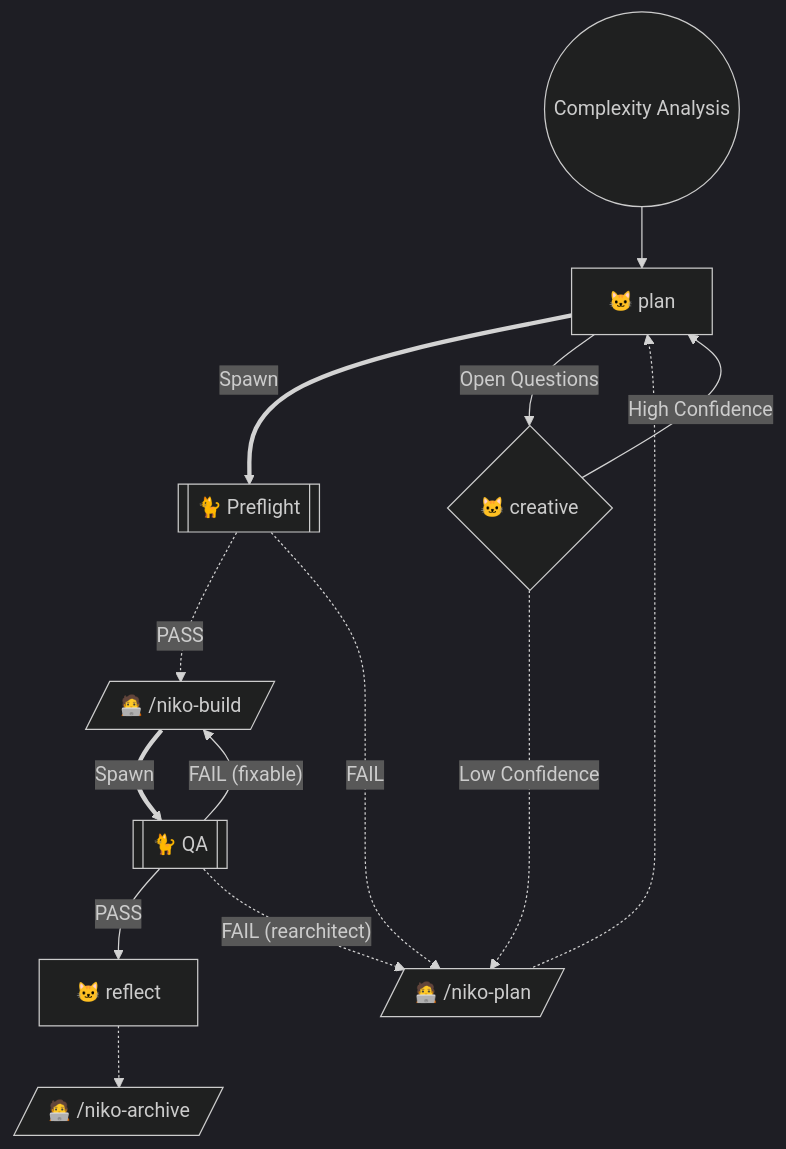
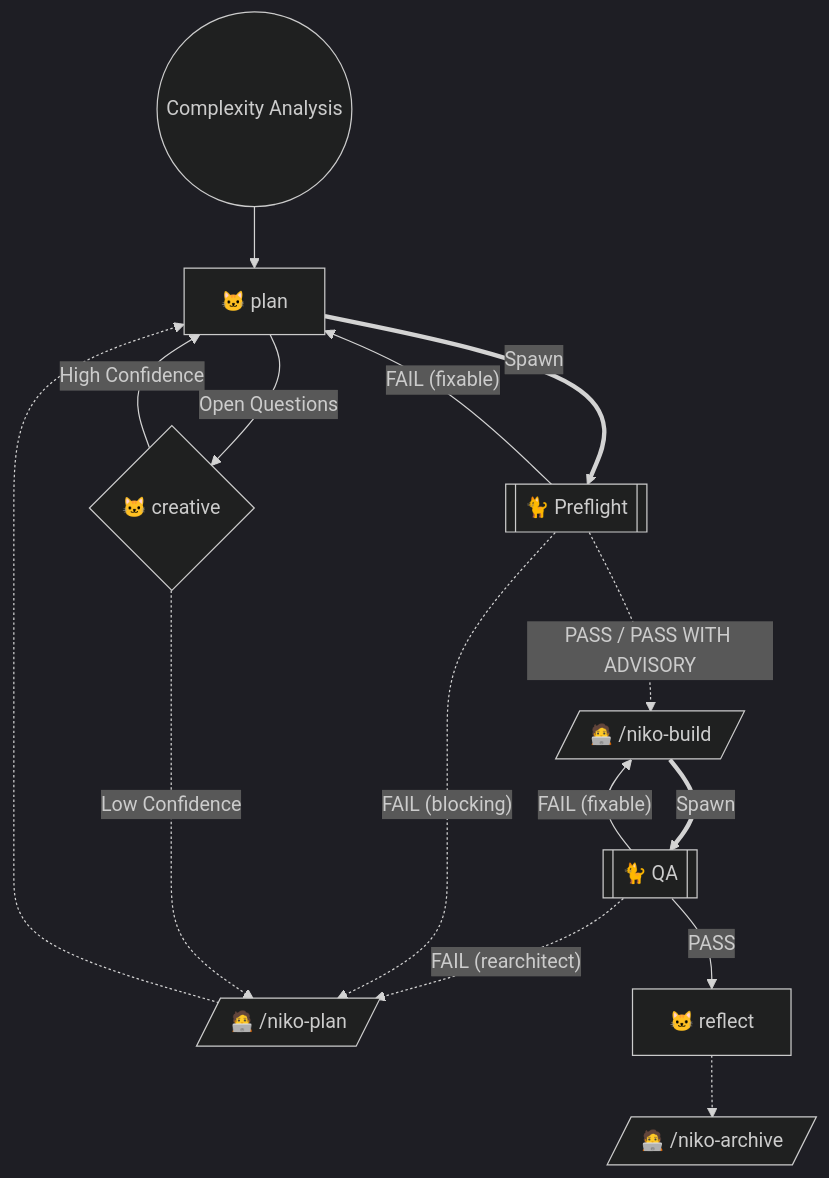
One commit to Texarkanine/devblog changed the diagram in .cursor/skills/shared/niko/references/level3/level3-workflow.md. Above: the diagram before and after it, drawn with Mermaid (dark theme). The commit also changed other lines of this file and 8 other files, not shown here.

````diff
--- a/.cursor/skills/shared/niko/references/level3/level3-workflow.md
+++ b/.cursor/skills/shared/niko/references/level3/level3-workflow.md
@@ -9,19 +9,31 @@
 ```mermaid
 graph TD
-    Start(("Complexity Analysis")) --> NikoPlan["🐱 plan"]
-    NikoPlan ==Spawn==> NikoPreflight[["🐈 Preflight"]]
-    NikoPreflight -.->|"PASS"| ManualBuild[/"🧑‍💻 /niko-build"/]
-    NikoPreflight -.->|"FAIL"| ManualPlan[/"🧑‍💻 /niko-plan"/]
+    Start(("Complexity Analysis"))
+    NikoPlan["🐱 plan"]
+    NikoPreflight[["🐈 Preflight"]]
+    ManualBuild[/"🧑‍💻 /niko-build"/]
+    ManualPlan[/"🧑‍💻 /niko-plan"/]
+    NikoQA[["🐈 QA"]]
+    NikoReflect["🐱 reflect"]
+    ManualArchive[/"🧑‍💻 /niko-archive"/]
+    NikoCreative{"🐱 creative"}
+    
+    Start --> NikoPlan
+    NikoPlan ==Spawn==> NikoPreflight
+    NikoPreflight -.->|"PASS / PASS WITH ADVISORY"| ManualBuild
+    NikoPreflight -->|"FAIL (fixable)"| NikoPlan
 
-    NikoPlan -->|"Open Questions"| NikoCreative{"🐱 creative"}
+    ManualBuild ==Spawn==> NikoQA
+    NikoQA -->|"PASS"| NikoReflect
+    NikoReflect -.-> ManualArchive
+    NikoQA -->|"FAIL (fixable)"| ManualBuild
+    NikoQA -.->|"FAIL (rearchitect)"| ManualPlan
+
+    NikoPreflight -.->|"FAIL (blocking)"| ManualPlan
+
+    NikoPlan -->|"Open Questions"| NikoCreative
     NikoCreative -->|"High Confidence"| NikoPlan
     NikoCreative -.->|"Low Confidence"| ManualPlan
 
-    ManualBuild ==Spawn==> NikoQA[["🐈 QA"]]
-    NikoQA -->|"PASS"| NikoReflect["🐱 reflect"]
-    NikoReflect -.-> ManualArchive[/"🧑‍💻 /niko-archive"/]
-    NikoQA -->|"FAIL (fixable)"| ManualBuild
-    NikoQA -.->|"FAIL (rearchitect)"| ManualPlan
-
     ManualPlan -.-> NikoPlan
 ```
````
